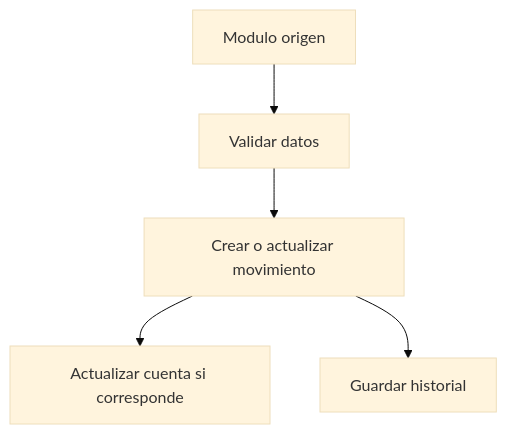
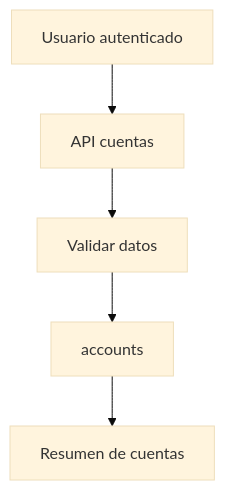
One commit to Financial-Intelligence/app-finanzas-documentacion changed the first of 3 diagrams in docs/diagrams/flujos/README.md. Above: the diagram before and after it, drawn with Mermaid (base theme). The commit also changed other lines of this file and 32 other files, not shown here.

````diff
--- a/docs/diagrams/flujos/README.md
+++ b/docs/diagrams/flujos/README.md
@@ -7,13 +7,13 @@
 ```mermaid
 flowchart TD
-    Origen[Modulo origen]
+    Usuario[Usuario autenticado]
+    API[API cuentas]
     Validacion[Validar datos]
-    Movimiento[Crear o actualizar movimiento]
-    Cuenta[Actualizar cuenta si corresponde]
-    Historial[Guardar historial]
+    Accounts[accounts]
+    Summary[Resumen de cuentas]
 
-    Origen --> Validacion
-    Validacion --> Movimiento
-    Movimiento --> Cuenta
-    Movimiento --> Historial
+    Usuario --> API
+    API --> Validacion
+    Validacion --> Accounts
+    Accounts --> Summary
 ```
````
